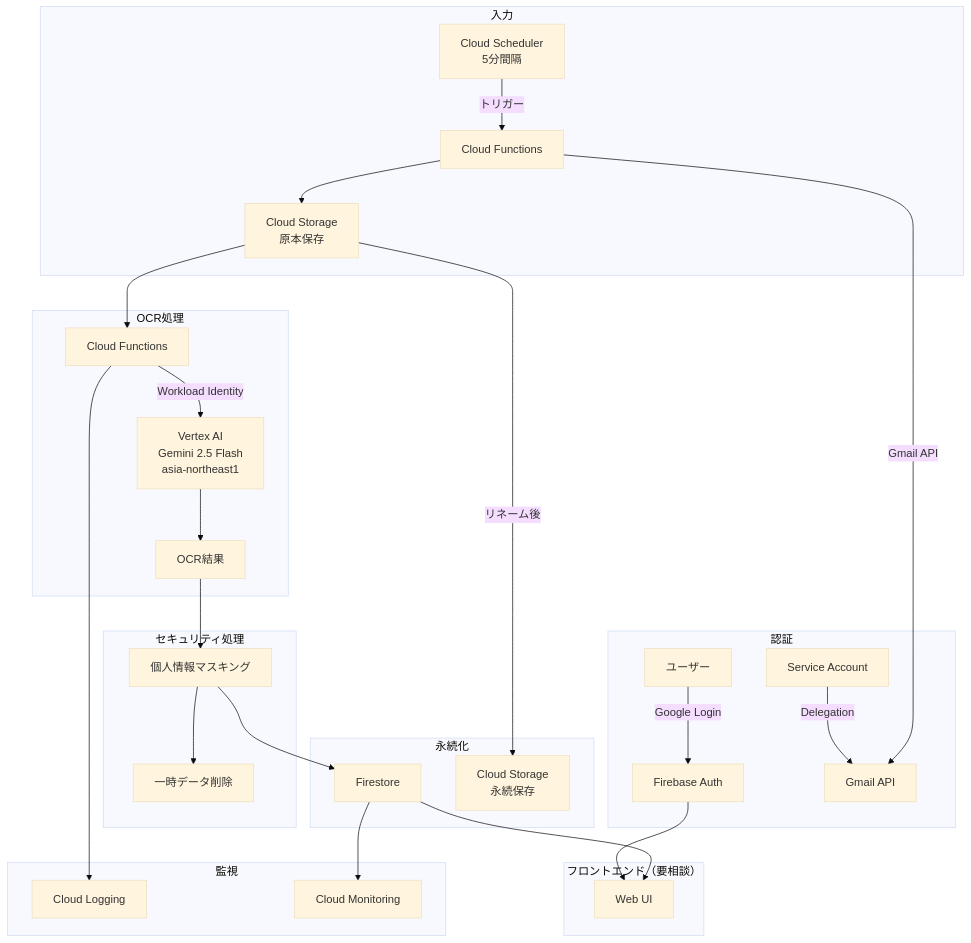
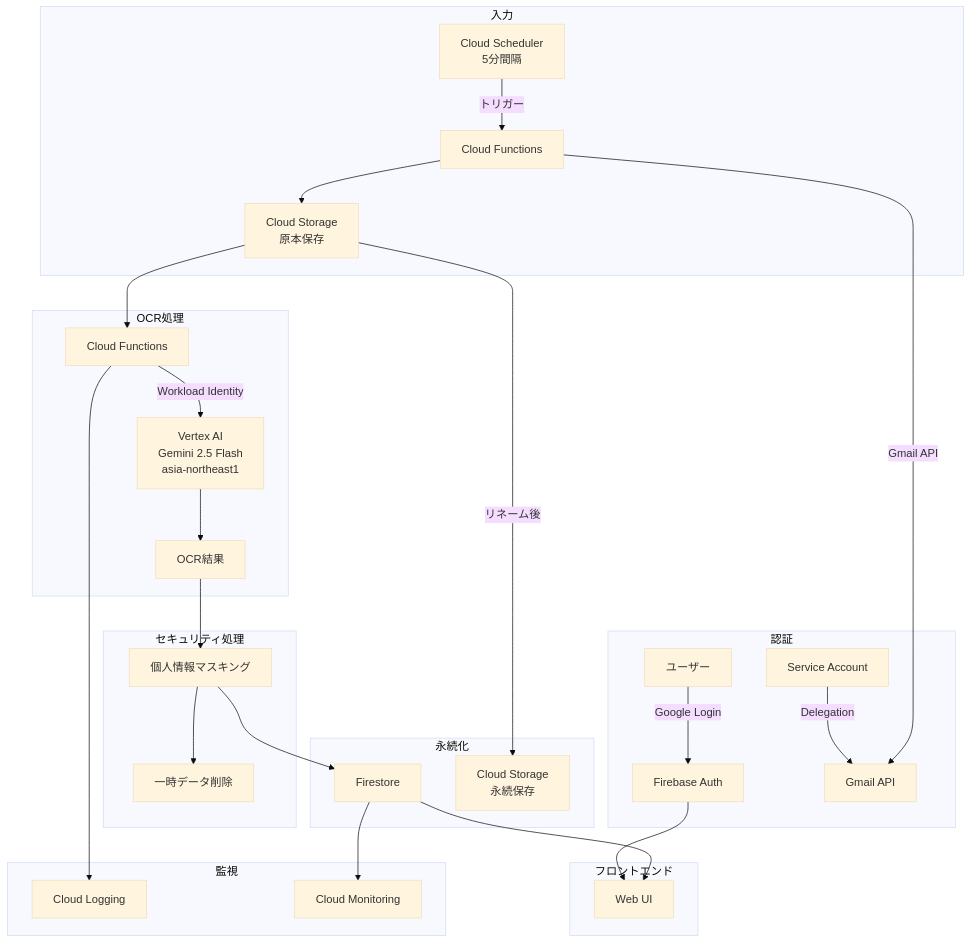
The diagram in docs/context/gcp-migration-scope.md (yasushi-honda/doc-split), drawn with Mermaid (base theme) before and after one commit. The commit also changed other lines of this file and 4 other files, not shown here.

````diff
--- a/docs/context/gcp-migration-scope.md
+++ b/docs/context/gcp-migration-scope.md
@@ -84,42 +78,42 @@
 ```mermaid
 flowchart TD
     subgraph AUTH["認証"]
         U[ユーザー] -->|Google Login| FA[Firebase Auth]
         SA[Service Account] -->|Delegation| GA[Gmail API]
     end
 
     subgraph INPUT["入力"]
         SCH[Cloud Scheduler<br/>5分間隔] -->|トリガー| B[Cloud Functions]
         B -->|Gmail API| GA
         B --> C[Cloud Storage<br/>原本保存]
     end
 
     subgraph OCR["OCR処理"]
         C --> D[Cloud Functions]
         D -->|Workload Identity| E[Vertex AI<br/>Gemini 2.5 Flash<br/>asia-northeast1]
         E --> F[OCR結果]
     end
 
     subgraph SECURITY["セキュリティ処理"]
         F --> G[個人情報マスキング]
         G --> H[一時データ削除]
     end
 
     subgraph STORE["永続化"]
         G --> I[Firestore]
         C -->|リネーム後| J[Cloud Storage<br/>永続保存]
     end
 
-    subgraph UI["フロントエンド（要相談）"]
+    subgraph UI["フロントエンド"]
         FA --> W[Web UI]
         I --> W
     end
 
     subgraph MONITOR["監視"]
         K[Cloud Logging]
         L[Cloud Monitoring]
     end
 
     D --> K
     I --> L
 ```
````
